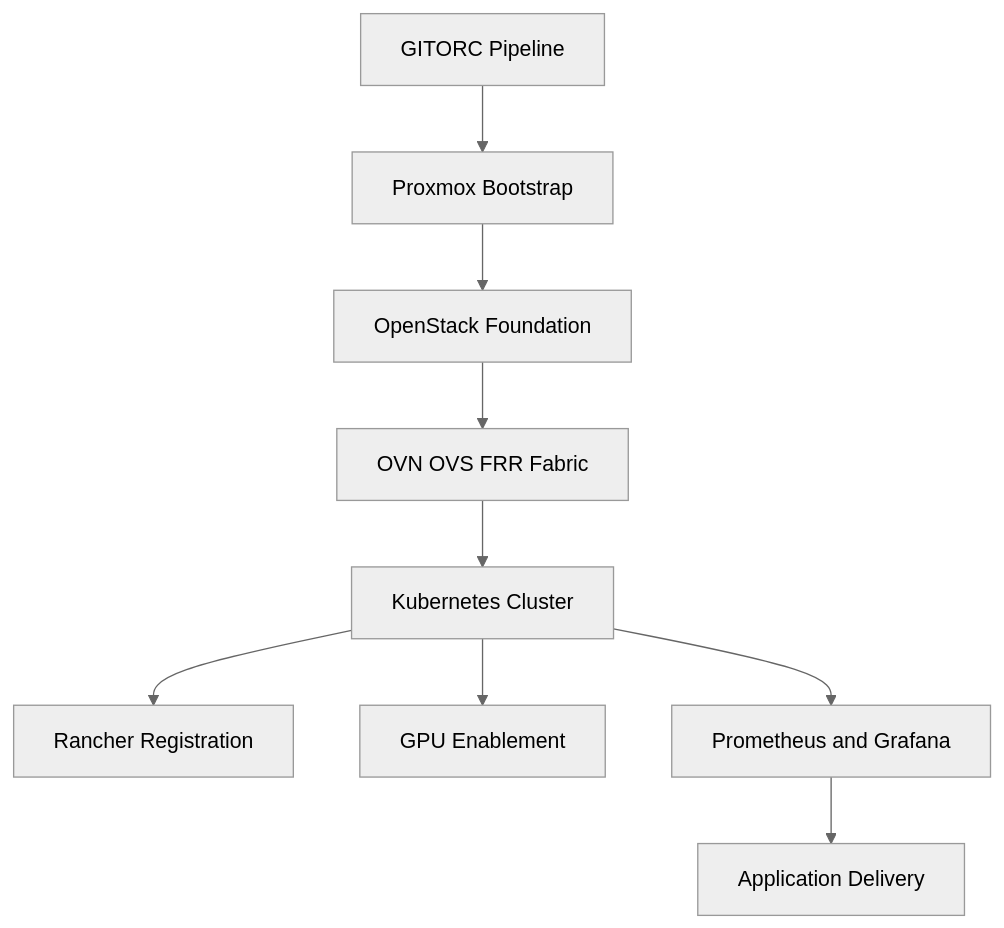
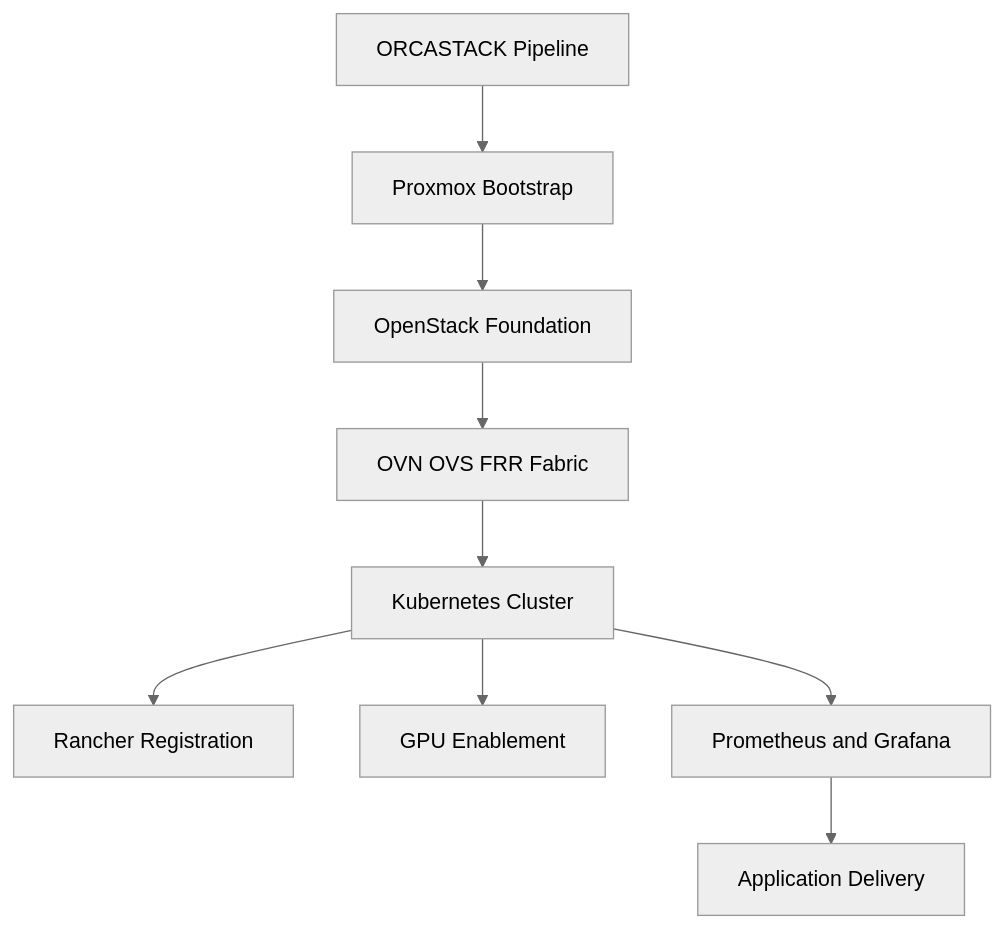
The diagram in Documents/Cloud-Automation-Workflows.md (Orcastack/OrcaStack), drawn with Mermaid (neutral theme) before and after one commit. The commit also changed other lines of this file and 239 other files, not shown here.

Commit message:
commit renamed project from gitorc to orcastack

````diff
--- a/Documents/Cloud-Automation-Workflows.md
+++ b/Documents/Cloud-Automation-Workflows.md
@@ -26,11 +26,11 @@
 ```mermaid
 flowchart TD
-  Pipeline[GITORC Pipeline] --> Proxmox[Proxmox Bootstrap]
+  Pipeline[ORCASTACK Pipeline] --> Proxmox[Proxmox Bootstrap]
   Proxmox --> OpenStack[OpenStack Foundation]
   OpenStack --> Fabric[OVN OVS FRR Fabric]
   Fabric --> K8s[Kubernetes Cluster]
   K8s --> Rancher[Rancher Registration]
   K8s --> GPU[GPU Enablement]
   K8s --> Obs[Prometheus and Grafana]
   Obs --> Apps[Application Delivery]
 ```
````
